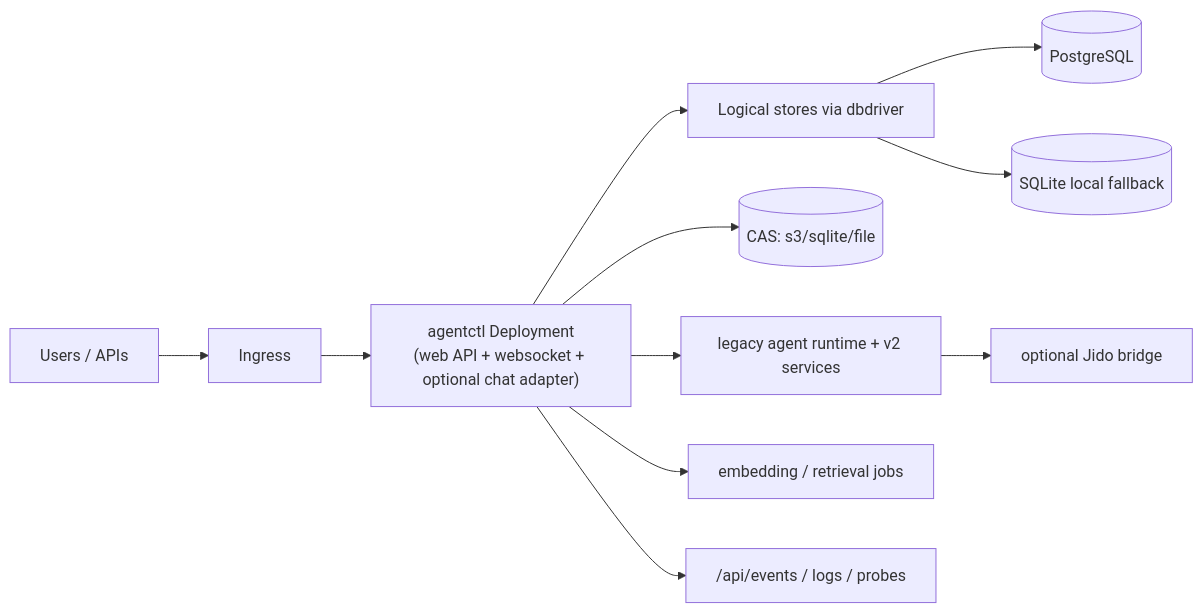
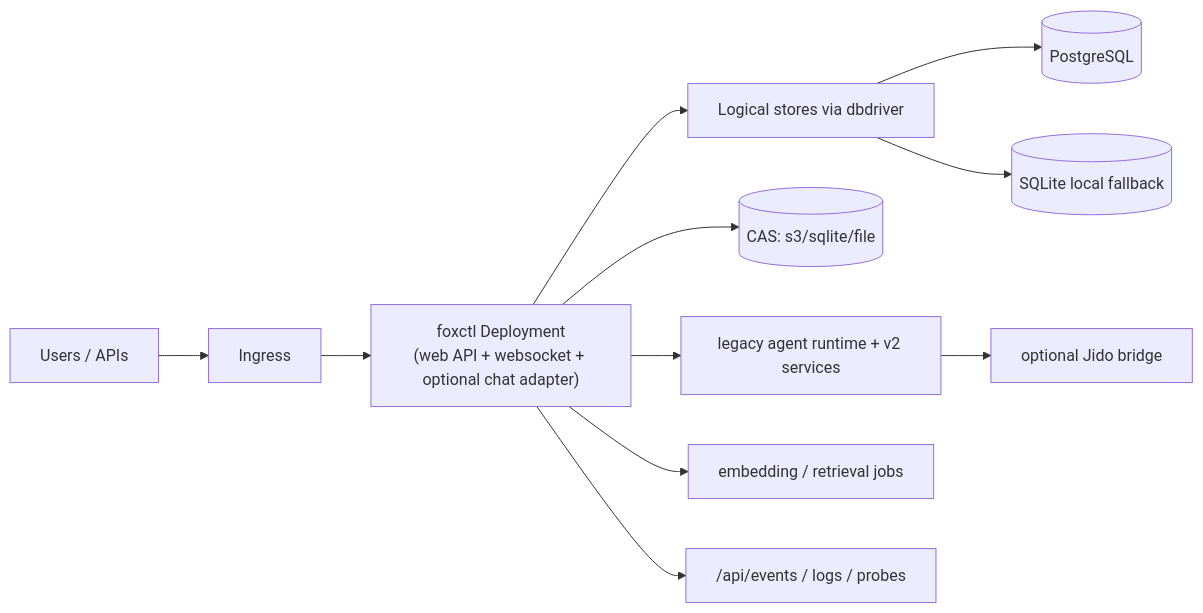
Before and after one commit to joshka0/foxctl: the diagram in docs/architecture/kubernetes-runtime.md, drawn with Mermaid. The commit also changed other lines of this file and 2567 other files, not shown here.

Commit message:
Rename agentctl to foxctl

````diff
--- a/docs/architecture/kubernetes-runtime.md
+++ b/docs/architecture/kubernetes-runtime.md
@@ -8,13 +8,13 @@
 ```mermaid
 flowchart LR
     Internet[Users / APIs] --> Ingress
-    Ingress --> AgentCtl["agentctl Deployment\n(web API + websocket + optional chat adapter)"]
+    Ingress --> AgentCtl["foxctl Deployment\n(web API + websocket + optional chat adapter)"]
     AgentCtl --> Store[Logical stores via dbdriver]
     Store --> PostgreSQL[(PostgreSQL)] 
     Store --> SQLite[(SQLite local fallback)]
     AgentCtl --> CAS[(CAS: s3/sqlite/file)]
     AgentCtl --> Runtime["legacy agent runtime + v2 services"]
     Runtime --> Jido["optional Jido bridge"]
     AgentCtl --> Embeds["embedding / retrieval jobs"]
     AgentCtl --> Observability["/api/events / logs / probes"]
 ```
````
